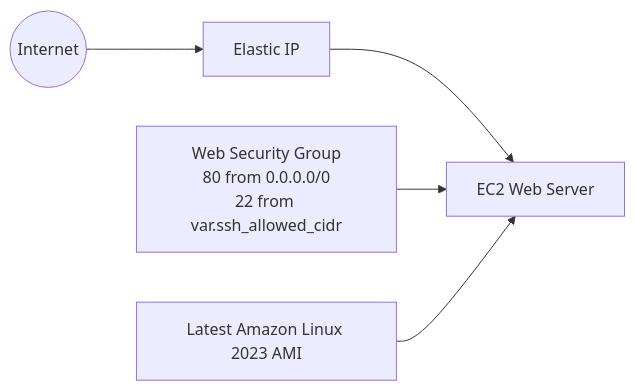
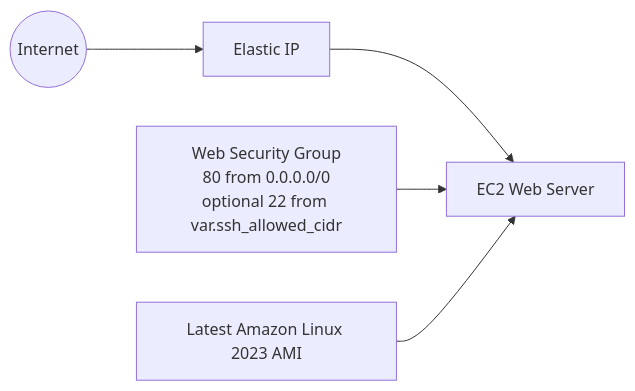
One commit to tk-21/terraform-lab changed the fourth of 9 diagrams in terraform-handson/ARCHITECTURE.md. Above: the diagram before and after it, drawn with Mermaid. The commit also changed other lines of this file and 13 other files, not shown here.

````diff
--- a/terraform-handson/ARCHITECTURE.md
+++ b/terraform-handson/ARCHITECTURE.md
@@ -236,7 +236,7 @@
 ```mermaid
 flowchart LR
   Internet((Internet)) --> EIP[Elastic IP]
   EIP --> EC2[EC2 Web Server]
-  SG[Web Security Group<br/>80 from 0.0.0.0/0<br/>22 from var.ssh_allowed_cidr] --> EC2
+  SG[Web Security Group<br/>80 from 0.0.0.0/0<br/>optional 22 from var.ssh_allowed_cidr] --> EC2
   AMI[Latest Amazon Linux 2023 AMI] --> EC2
 ```
````
